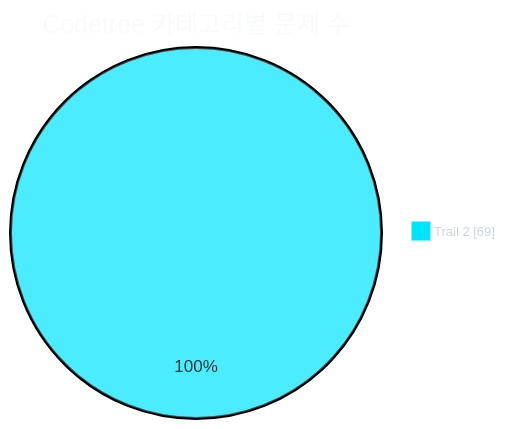
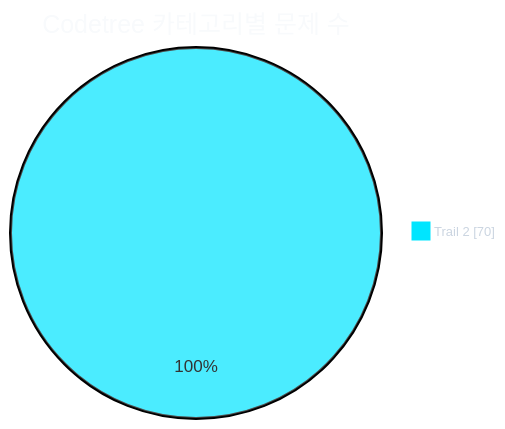
One commit to CHOOSLA/Algorithm changed the first of 2 diagrams in readme.md. Above: the diagram before and after it, drawn with Mermaid. The commit also changed other lines of this file and 2 other files, not shown here.

````diff
--- a/readme.md
+++ b/readme.md
@@ -31,21 +31,21 @@
 ```mermaid
 ---
 config:
   theme: base
   themeVariables:
     background: '#0d1117'
     pieTitleTextColor: '#f8fafc'
     pieLegendTextColor: '#cbd5e1'
     pieLegendTextSize: '13px'
     pie1: '#00e5ff'
     pie2: '#22c55e'
     pie3: '#f59e0b'
     pie4: '#a855f7'
     pie5: '#ec4899'
     pie6: '#3b82f6'
     pie7: '#64748b'
 ---
 pie showData
   title Codetree 카테고리별 문제 수
-  "Trail 2" : 69
+  "Trail 2" : 70
 ```
````
